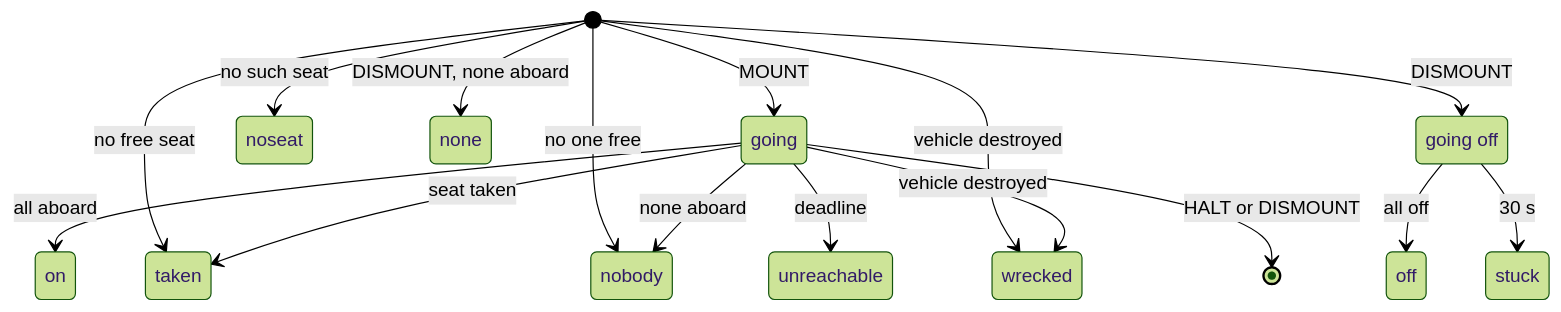
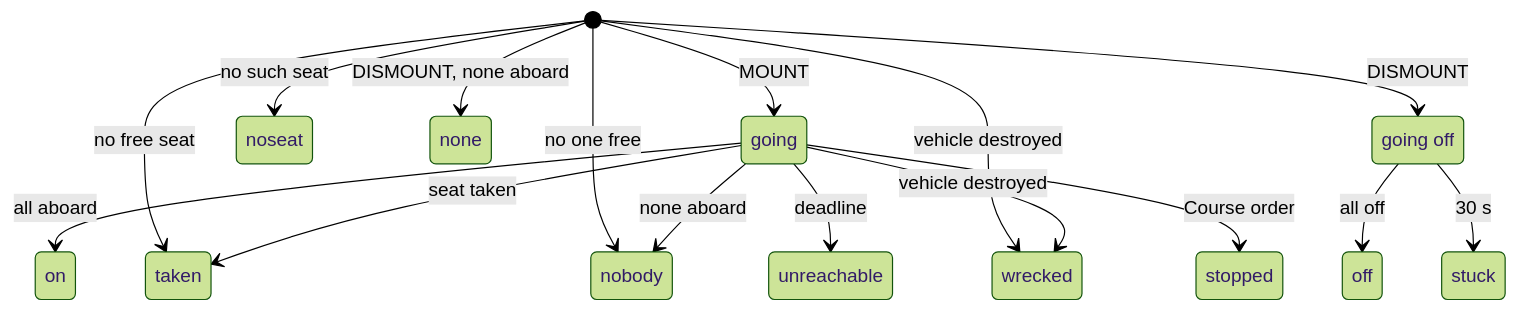
One commit to Neefay/arma3-llm-harness changed the eighth of 23 diagrams in docs/COMMANDER_MODEL.md. Above: the diagram before and after it, drawn with Mermaid (forest theme). The commit also changed other lines of this file and 9 other files, not shown here.

````diff
--- a/docs/COMMANDER_MODEL.md
+++ b/docs/COMMANDER_MODEL.md
@@ -374,29 +374,30 @@
 ```mermaid
 stateDiagram-v2
   state "going" as going
   state "on" as on
   state "taken" as taken
   state "nobody" as nobody
   state "noseat" as noseat
   state "unreachable" as unreachable
   state "wrecked" as wrecked
   state "none" as none
   state "going off" as going_off
   state "off" as off
   state "stuck" as stuck
+  state "stopped" as stopped
   [*] --> going: MOUNT
   [*] --> wrecked: vehicle destroyed
   [*] --> noseat: no such seat
   [*] --> taken: no free seat
   [*] --> nobody: no one free
   going --> on: all aboard
   going --> taken: seat taken
   going --> nobody: none aboard
   going --> unreachable: deadline
   going --> wrecked: vehicle destroyed
-  going --> [*]: HALT or DISMOUNT
+  going --> stopped: Course order
   [*] --> going_off: DISMOUNT
   [*] --> none: DISMOUNT, none aboard
   going_off --> off: all off
   going_off --> stuck: 30 s
 ```
````
